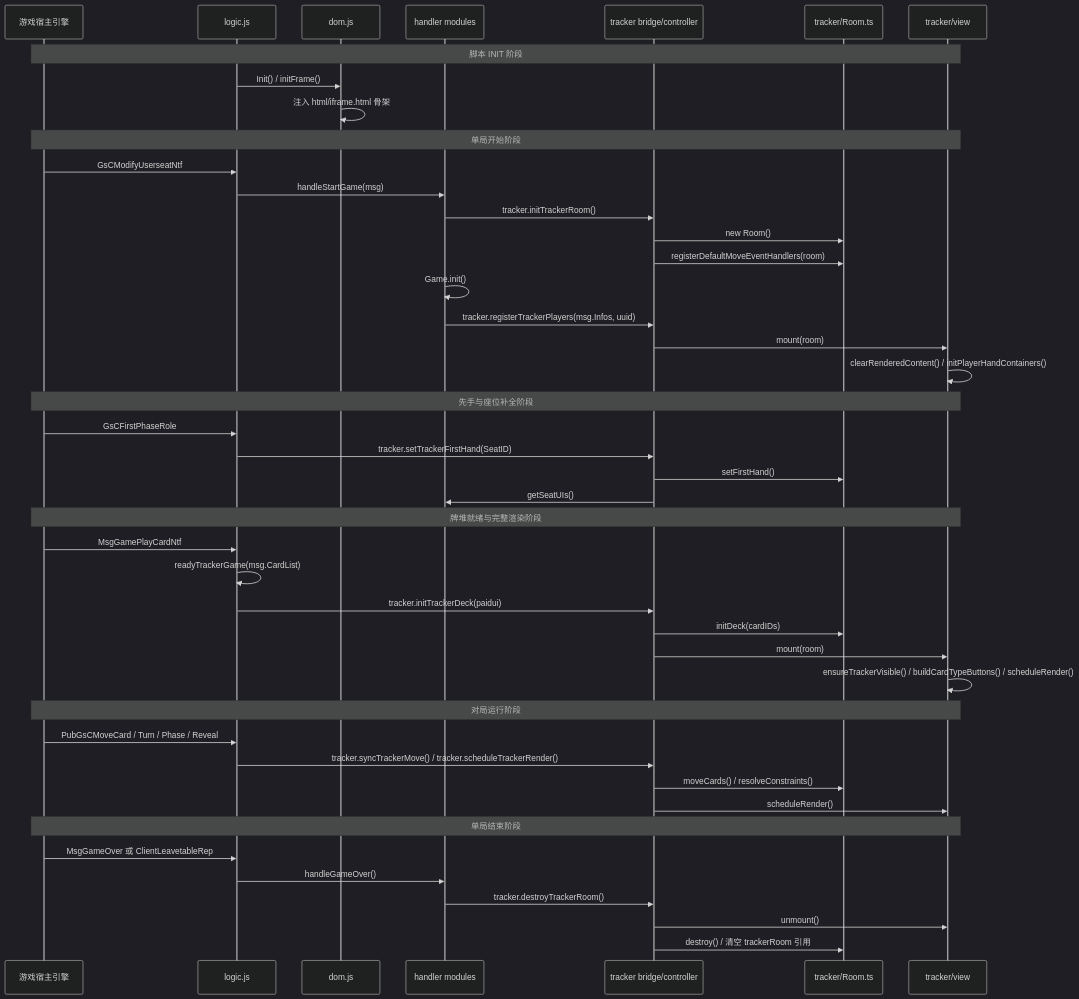
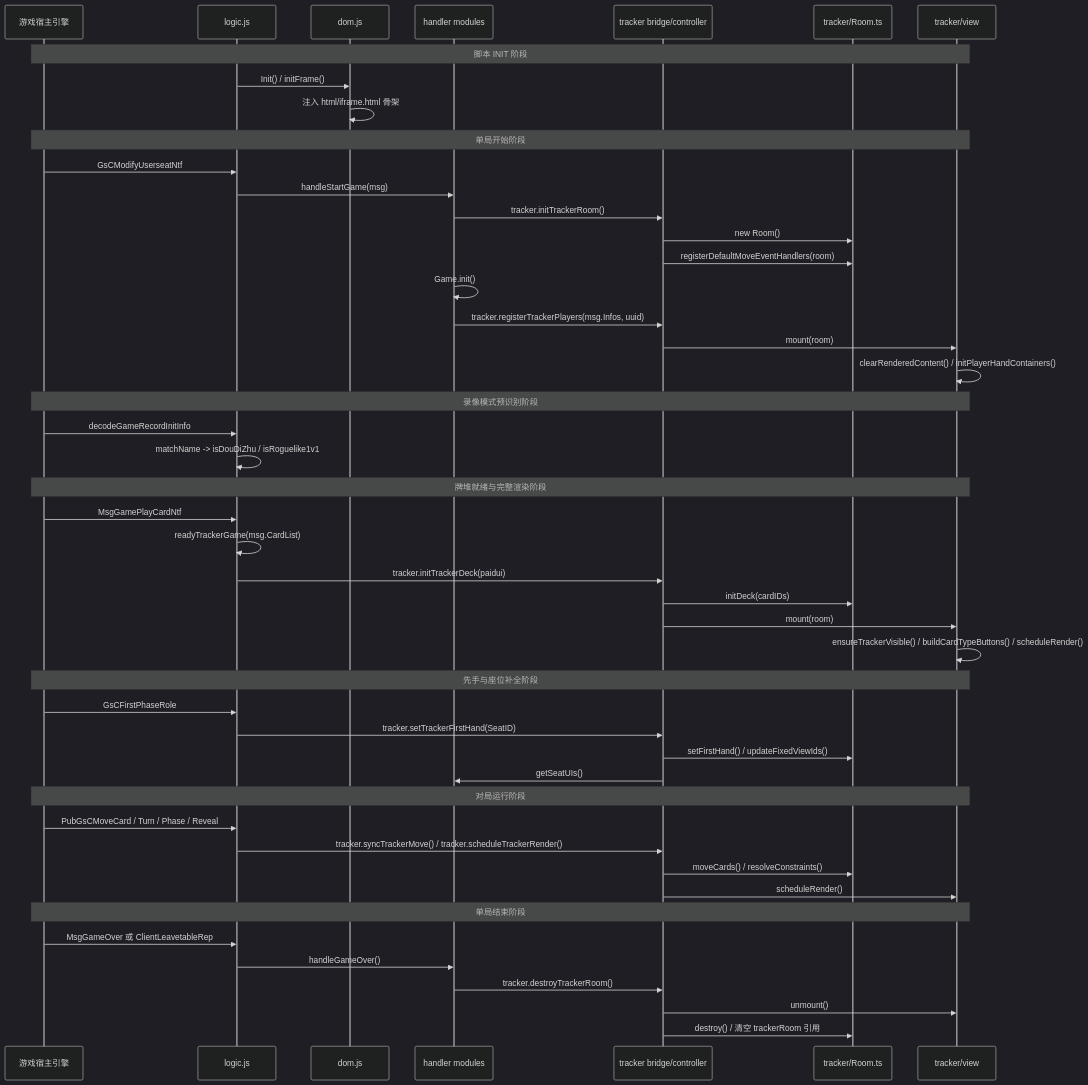
The second of 3 diagrams in docs/agents/lifecycle.md (llsccm/tracker), drawn with Mermaid (dark theme) before and after one commit. The commit also changed other lines of this file and 6 other files, not shown here.

Commit message:
fix: 山河图斗地主三人座位识别问题

````diff
--- a/docs/agents/lifecycle.md
+++ b/docs/agents/lifecycle.md
@@ -66,52 +66,56 @@
 ```mermaid
 sequenceDiagram
     participant Engine as 游戏宿主引擎
     participant Logic as logic.js
     participant Dom as dom.js
     participant Handler as handler modules
     participant Bridge as tracker bridge/controller
     participant Room as tracker/Room.ts
     participant View as tracker/view
 
     Note over Engine,View: 脚本 INIT 阶段
     Logic ->> Dom: Init() / initFrame()
     Dom ->> Dom: 注入 html/iframe.html 骨架
 
     Note over Engine,View: 单局开始阶段
     Engine ->> Logic: GsCModifyUserseatNtf
     Logic ->> Handler: handleStartGame(msg)
     Handler ->> Bridge: tracker.initTrackerRoom()
     Bridge ->> Room: new Room()
     Bridge ->> Room: registerDefaultMoveEventHandlers(room)
     Handler ->> Handler: Game.init()
     Handler ->> Bridge: tracker.registerTrackerPlayers(msg.Infos, uuid)
     Bridge ->> View: mount(room)
     View ->> View: clearRenderedContent() / initPlayerHandContainers()
 
-    Note over Engine,View: 先手与座位补全阶段
-    Engine ->> Logic: GsCFirstPhaseRole
-    Logic ->> Bridge: tracker.setTrackerFirstHand(SeatID)
-    Bridge ->> Room: setFirstHand()
-    Bridge ->> Handler: getSeatUIs()
+    Note over Engine,View: 录像模式预识别阶段
+    Engine ->> Logic: decodeGameRecordInitInfo
+    Logic ->> Logic: matchName -> isDouDiZhu / isRoguelike1v1
 
     Note over Engine,View: 牌堆就绪与完整渲染阶段
     Engine ->> Logic: MsgGamePlayCardNtf
     Logic ->> Logic: readyTrackerGame(msg.CardList)
     Logic ->> Bridge: tracker.initTrackerDeck(paidui)
     Bridge ->> Room: initDeck(cardIDs)
     Bridge ->> View: mount(room)
     View ->> View: ensureTrackerVisible() / buildCardTypeButtons() / scheduleRender()
+
+    Note over Engine,View: 先手与座位补全阶段
+    Engine ->> Logic: GsCFirstPhaseRole
+    Logic ->> Bridge: tracker.setTrackerFirstHand(SeatID)
+    Bridge ->> Room: setFirstHand() / updateFixedViewIds()
+    Bridge ->> Handler: getSeatUIs()
 
     Note over Engine,View: 对局运行阶段
     Engine ->> Logic: PubGsCMoveCard / Turn / Phase / Reveal
     Logic ->> Bridge: tracker.syncTrackerMove() / tracker.scheduleTrackerRender()
     Bridge ->> Room: moveCards() / resolveConstraints()
     Bridge ->> View: scheduleRender()
 
     Note over Engine,View: 单局结束阶段
     Engine ->> Logic: MsgGameOver 或 ClientLeavetableRep
     Logic ->> Handler: handleGameOver()
     Handler ->> Bridge: tracker.destroyTrackerRoom()
     Bridge ->> View: unmount()
     Bridge ->> Room: destroy() / 清空 trackerRoom 引用
 ```
````
